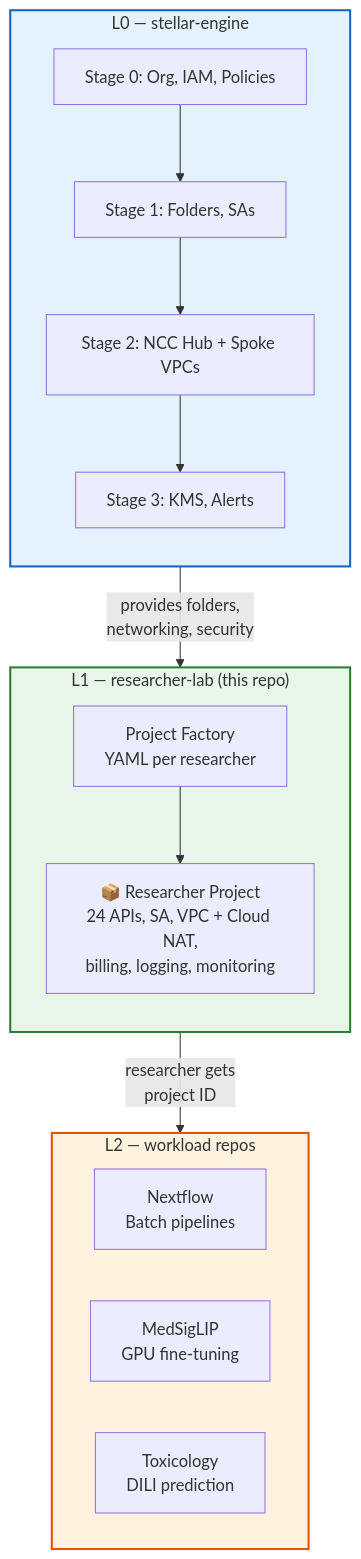
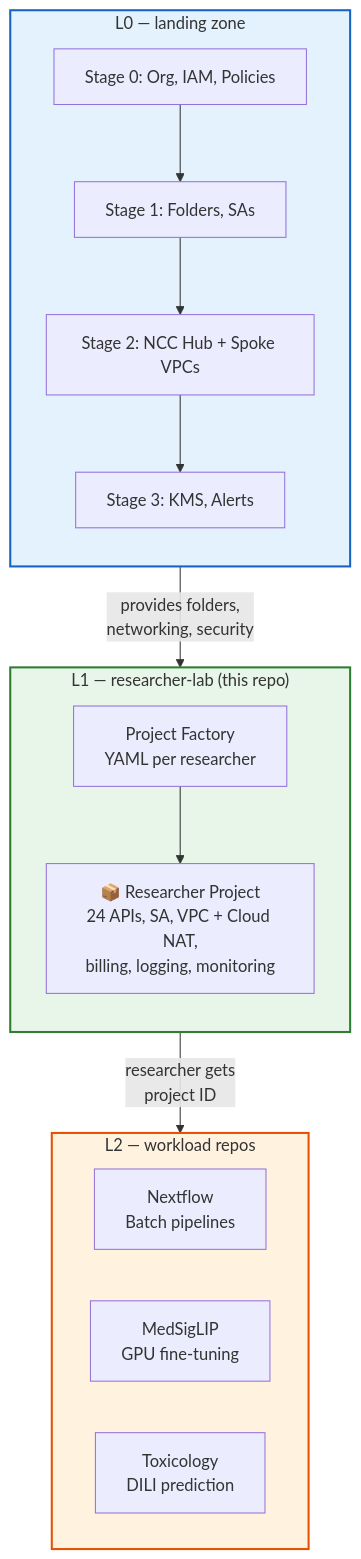
Before and after one commit to WandLZhang/fast-science-1-researcher-lab: the first of 2 diagrams in README.md, drawn with Mermaid. The commit also changed other lines of this file, not shown here.

First line of the commit message:
docs: correct the upstream sync section, use landing-zone naming

````diff
--- a/README.md
+++ b/README.md
@@ -7,31 +7,31 @@
 ```mermaid
 graph TB
-    subgraph L0["L0 — stellar-engine"]
+    subgraph L0["L0 — landing zone"]
         direction TB
         S0["Stage 0: Org, IAM, Policies"]
         S1["Stage 1: Folders, SAs"]
         S2["Stage 2: NCC Hub + Spoke VPCs"]
         S3["Stage 3: KMS, Alerts"]
         S0 --> S1 --> S2 --> S3
     end
 
     subgraph L1["L1 — researcher-lab (this repo)"]
         direction TB
         PF["Project Factory<br/>YAML per researcher"]
         PF --> PROJ["📦 Researcher Project<br/>24 APIs, SA, VPC + Cloud NAT,<br/>billing, logging, monitoring"]
     end
 
     subgraph L2["L2 — workload repos"]
         direction LR
         W1["Nextflow<br/>Batch pipelines"]
         W2["MedSigLIP<br/>GPU fine-tuning"]
         W3["Toxicology<br/>DILI prediction"]
     end
 
     S3 -->|"provides folders,<br/>networking, security"| L1
     PROJ -->|"researcher gets<br/>project ID"| L2
 
     style L0 fill:#e3f2fd,stroke:#1565c0,stroke-width:2px
     style L1 fill:#e8f5e9,stroke:#2e7d32,stroke-width:2px
     style L2 fill:#fff3e0,stroke:#e65100,stroke-width:2px
 ```
````
